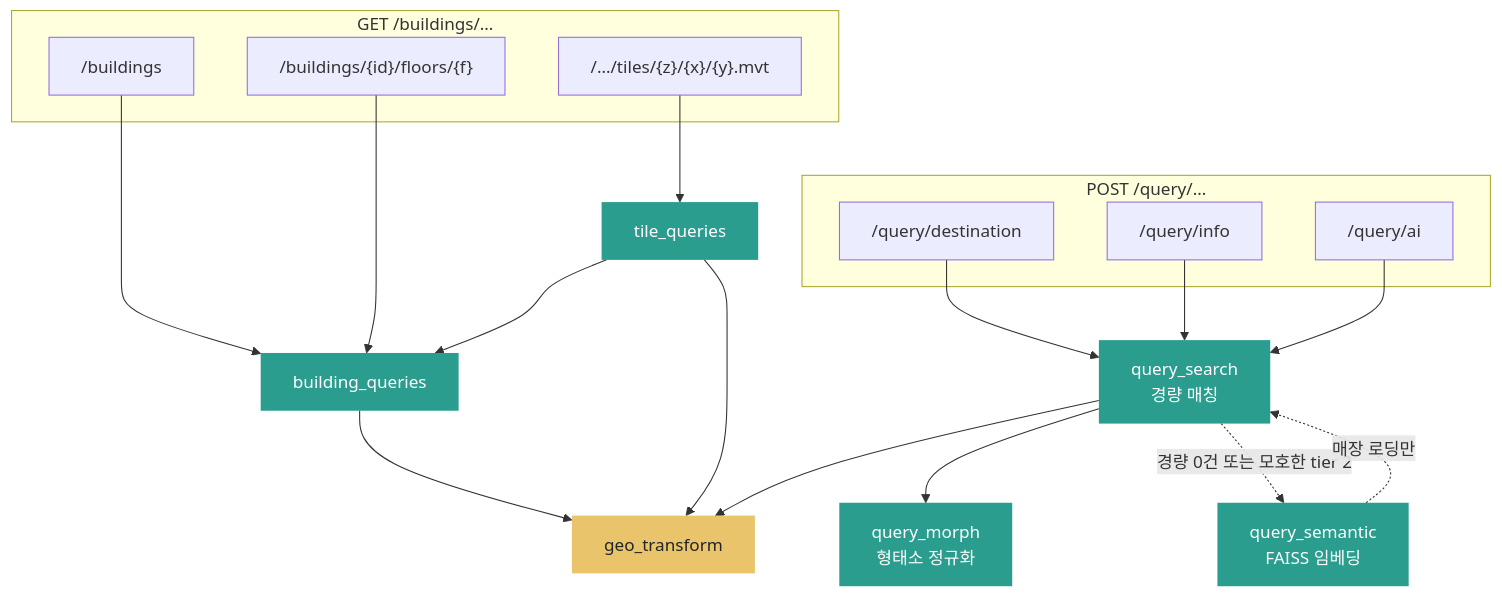
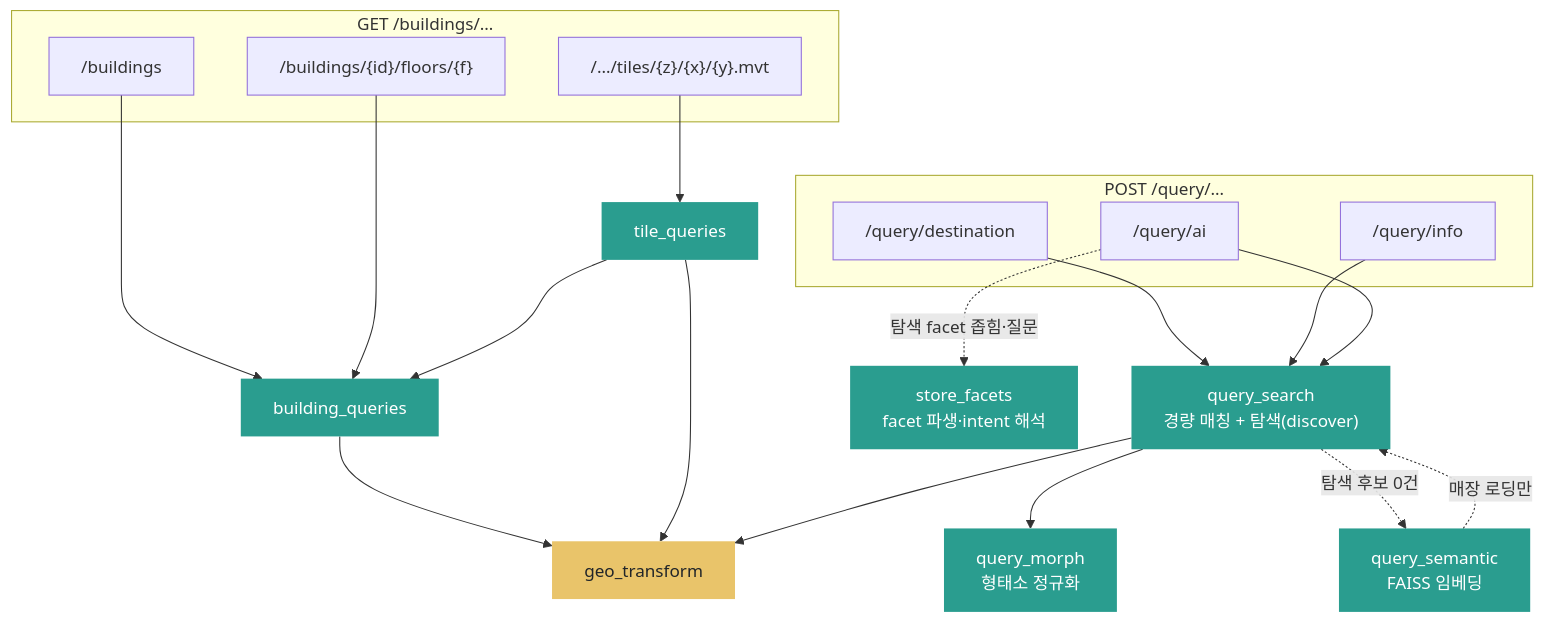
One commit to Routex-labs/Navigation changed the fifth of 7 diagrams in docs/backend/fastapi-request-flow.md. Above: the diagram before and after it, drawn with Mermaid. The commit also changed other lines of this file, not shown here.

````diff
--- a/docs/backend/fastapi-request-flow.md
+++ b/docs/backend/fastapi-request-flow.md
@@ -157,34 +157,36 @@
 ```mermaid
 flowchart TD
     subgraph GETS["GET /buildings/…"]
         g1["/buildings"]
         g2["/buildings/{id}/floors/{f}"]
         g3["/…/tiles/{z}/{x}/{y}.mvt"]
     end
     subgraph POSTS["POST /query/…"]
         p1["/query/destination"]
         p2["/query/ai"]
         p3["/query/info"]
     end
 
     bq["building_queries"]
     tq["tile_queries"]
-    qs["query_search<br/>경량 매칭"]
+    qs["query_search<br/>경량 매칭 + 탐색(discover)"]
     mo["query_morph<br/>형태소 정규화"]
+    sf["store_facets<br/>facet 파생·intent 해석"]
     sem["query_semantic<br/>FAISS 임베딩"]
     gt["geo_transform"]
 
     g1 & g2 --> bq
     g3 --> tq --> bq
     p1 & p3 --> qs
     p2 --> qs
     qs --> mo
-    qs -. "경량 0건 또는 모호한 tier 2" .-> sem
+    p2 -. "탐색 facet 좁힘·질문" .-> sf
+    qs -. "탐색 후보 0건" .-> sem
     sem -. "매장 로딩만" .-> qs
     bq & tq & qs --> gt
 
     classDef q fill:#2a9d8f,color:#fff,stroke:none
     classDef shared fill:#e9c46a,color:#212529,stroke:none
-    class bq,tq,qs,mo,sem q
+    class bq,tq,qs,mo,sf,sem q
     class gt shared
 ```
````
